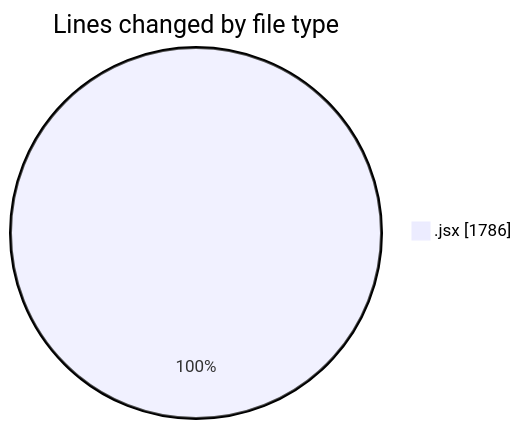
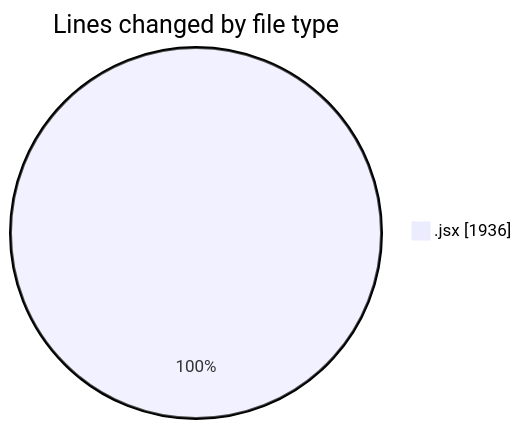
One commit to nxtqubesakshisongat/code-tracking changed the first of 2 diagrams in 2025-05-12/argos-dev/README.md. Above: the diagram before and after it, drawn with Mermaid. The commit also changed other lines of this file and 1 other file, not shown here.

````diff
--- a/2025-05-12/argos-dev/README.md
+++ b/2025-05-12/argos-dev/README.md
@@ -22,5 +23,5 @@
 ```mermaid
 pie showData
 title Lines changed by file type
-".jsx" : 1786
+".jsx" : 1936
 ```
````
